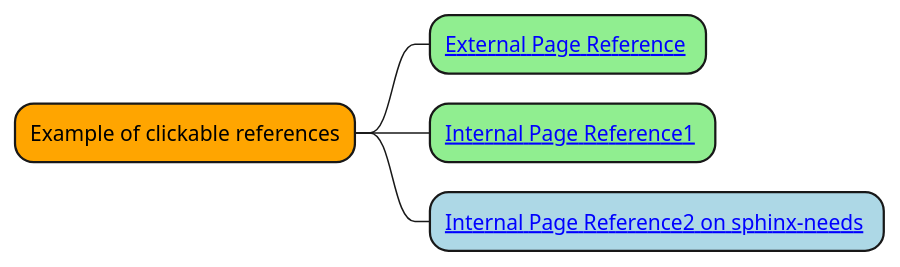
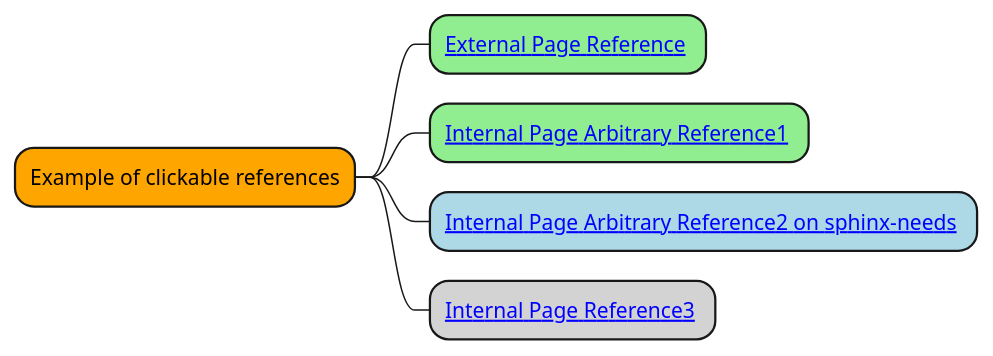
One commit to mi-parkes/sphinx-diagram-connect changed the diagram in docs/_sources/test/test-plantuml1.rst. Above: the diagram before and after it, drawn with PlantUML. The commit also changed 54 other files, not shown here.

```diff
--- a/docs/_sources/test/test-plantuml1.rst
+++ b/docs/_sources/test/test-plantuml1.rst
@@ -6,12 +6,13 @@
 .. uml::
     :caption: PlantUML Caption with **bold** and *italic*
     :name: PlantUML Label1
 
     @startmindmap mindmap1
 
     *[#Orange] Example of clickable references
     **[#lightgreen] [[ https://www.sphinx-doc.org/en/master/ External Page Reference ]]
-    **[#lightgreen] [[ ":ref:`Heading 2`" Internal Page Reference1 ]]
-    **[#lightblue] [[ ":ref:`N_00002`" Internal Page Reference2 on sphinx-needs ]]
+    **[#lightgreen] [[ ":ref:`Heading 2`" Internal Page Arbitrary Reference1 ]]
+    **[#lightblue] [[ ":ref:`N_00002`" Internal Page Arbitrary Reference2 on sphinx-needs ]]
+    **[#lightgrey] [[ ":doc:`Test PlantUML 3`" Internal Page Reference3 ]]
 
     @endmindmap
```
